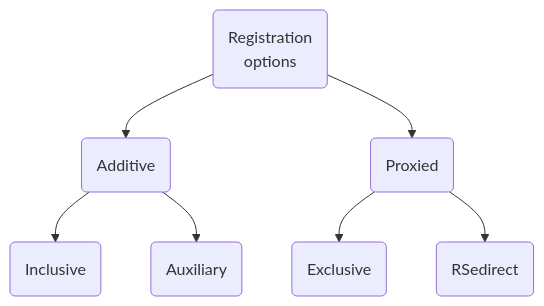
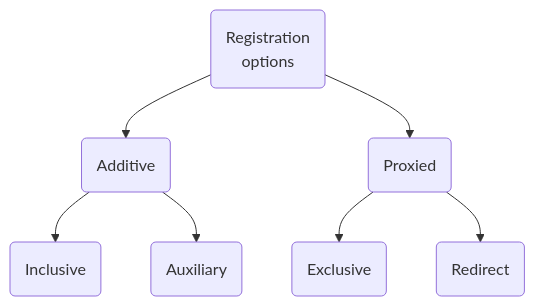
One commit to cristianmartella/fdsc-scenario-02 changed the first of 3 diagrams in README.MD. Above: the diagram before and after it, drawn with Mermaid.

````diff
--- a/README.MD
+++ b/README.MD
@@ -60,10 +60,10 @@
 ```mermaid
 graph TD;
   root(Registration
       options)-->additive(Additive);
   root-->proxied(Proxied);
   additive-->inclusive(Inclusive);
   additive-->auxiliary(Auxiliary);
   proxied-->exclusive(Exclusive);
-  proxied-->redirect(RSedirect);
+  proxied-->redirect(Redirect);
 ```
````
